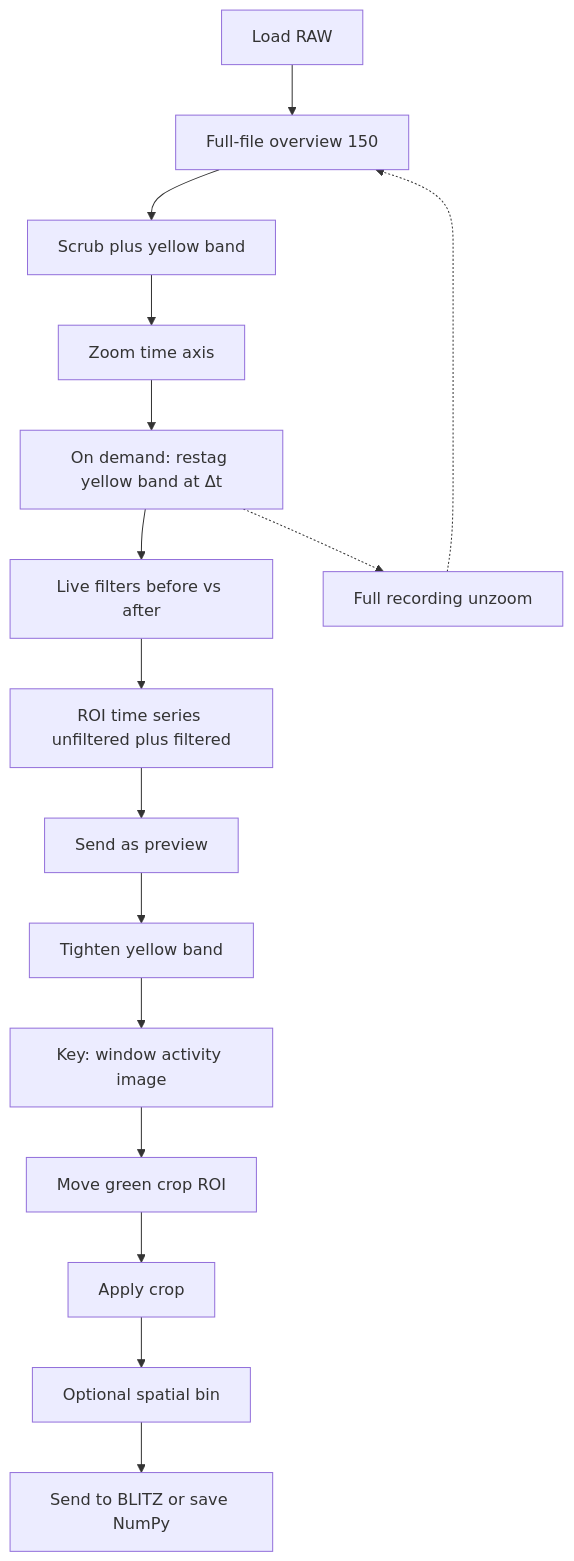
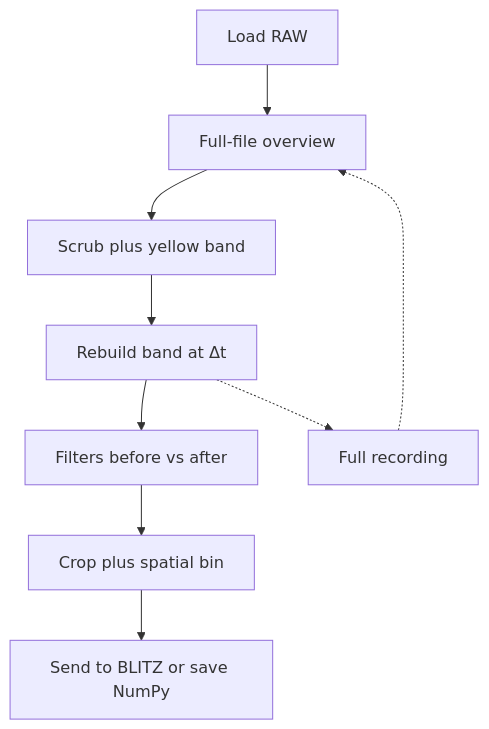
Before and after one commit to PiMaV/event-reader: the first of 2 diagrams in README.md, drawn with Mermaid. The commit also changed other lines of this file and 2 other files, not shown here.

First line of the commit message:
Present 1.0 as the first fully available EVT3-to-BLITZ line.

````diff
--- a/README.md
+++ b/README.md
@@ -13,18 +9,11 @@
 ```mermaid
 flowchart TD
-  load[Load RAW] --> fullOv[Full-file overview 150]
+  load[Load RAW] --> fullOv[Full-file overview]
   fullOv --> scrub[Scrub plus yellow band]
-  scrub --> zoom[Zoom time axis]
-  zoom --> restag[On demand: restag yellow band at Δt]
-  restag --> filt[Live filters before vs after]
-  restag -.-> fullRec[Full recording unzoom]
+  scrub --> restag[Rebuild band at Δt]
+  restag --> filt[Filters before vs after]
+  restag -.-> fullRec[Full recording]
   fullRec -.-> fullOv
-  filt --> roiTS[ROI time series unfiltered plus filtered]
-  roiTS --> color[Send as preview]
-  color --> tight[Tighten yellow band]
-  tight --> maxImg[Key: window activity image]
-  maxImg --> rect[Move green crop ROI]
-  rect --> applyCrop[Apply crop]
-  applyCrop --> binning[Optional spatial bin]
-  binning --> send[Send to BLITZ or save NumPy]
+  filt --> crop[Crop plus spatial bin]
+  crop --> out[Send to BLITZ or save NumPy]
 ```
````
